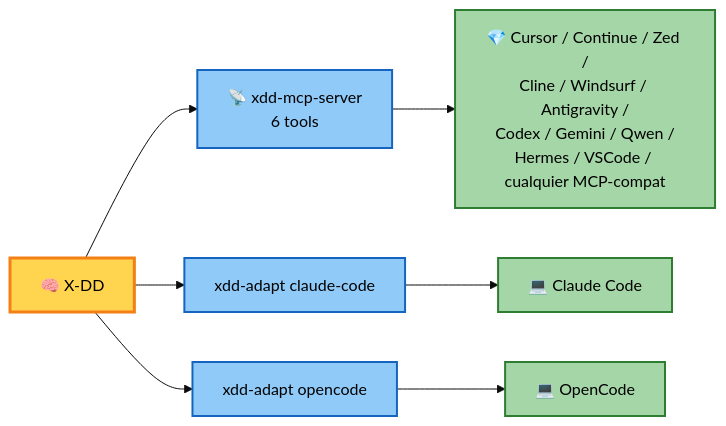
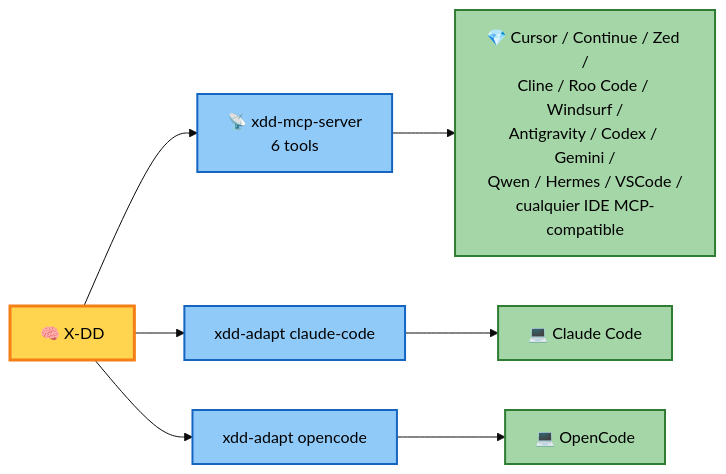
The eighth of 10 diagrams in README.md (Cucholambr3ta/x-dd), drawn with Mermaid (base theme) before and after one commit. The commit also changed other lines of this file and 2 other files, not shown here.

First line of the commit message:
fix(readme): i18n multi-idioma + español neutro + Mermaid nodes quoted

````diff
--- a/README.md
+++ b/README.md
@@ -330,18 +331,18 @@
 ```mermaid
 flowchart LR
-    XDD[🧠 X-DD] --> MCP[📡 xdd-mcp-server<br/>6 tools]
-    XDD --> A1[xdd-adapt claude-code]
-    XDD --> A2[xdd-adapt opencode]
+    XDD["🧠 X-DD"] --> MCP["📡 xdd-mcp-server<br/>6 tools"]
+    XDD --> A1["xdd-adapt claude-code"]
+    XDD --> A2["xdd-adapt opencode"]
 
-    A1 --> CC[💻 Claude Code]
-    A2 --> OC[💻 OpenCode]
+    A1 --> CC["💻 Claude Code"]
+    A2 --> OC["💻 OpenCode"]
 
-    MCP --> IDES[💎 Cursor / Continue / Zed /<br/>Cline / Windsurf / Antigravity /<br/>Codex / Gemini / Qwen /<br/>Hermes / VSCode / cualquier MCP-compat]
+    MCP --> IDES["💎 Cursor / Continue / Zed /<br/>Cline / Roo Code / Windsurf /<br/>Antigravity / Codex / Gemini /<br/>Qwen / Hermes / VSCode /<br/>cualquier IDE MCP-compatible"]
 
     classDef core fill:#ffd54f,stroke:#f57f17,color:#000,stroke-width:3px
     classDef bridge fill:#90caf9,stroke:#1565c0,color:#000,stroke-width:2px
     classDef ide fill:#a5d6a7,stroke:#2e7d32,color:#000,stroke-width:2px
     class XDD core
     class MCP,A1,A2 bridge
     class CC,OC,IDES ide
 ```
````
